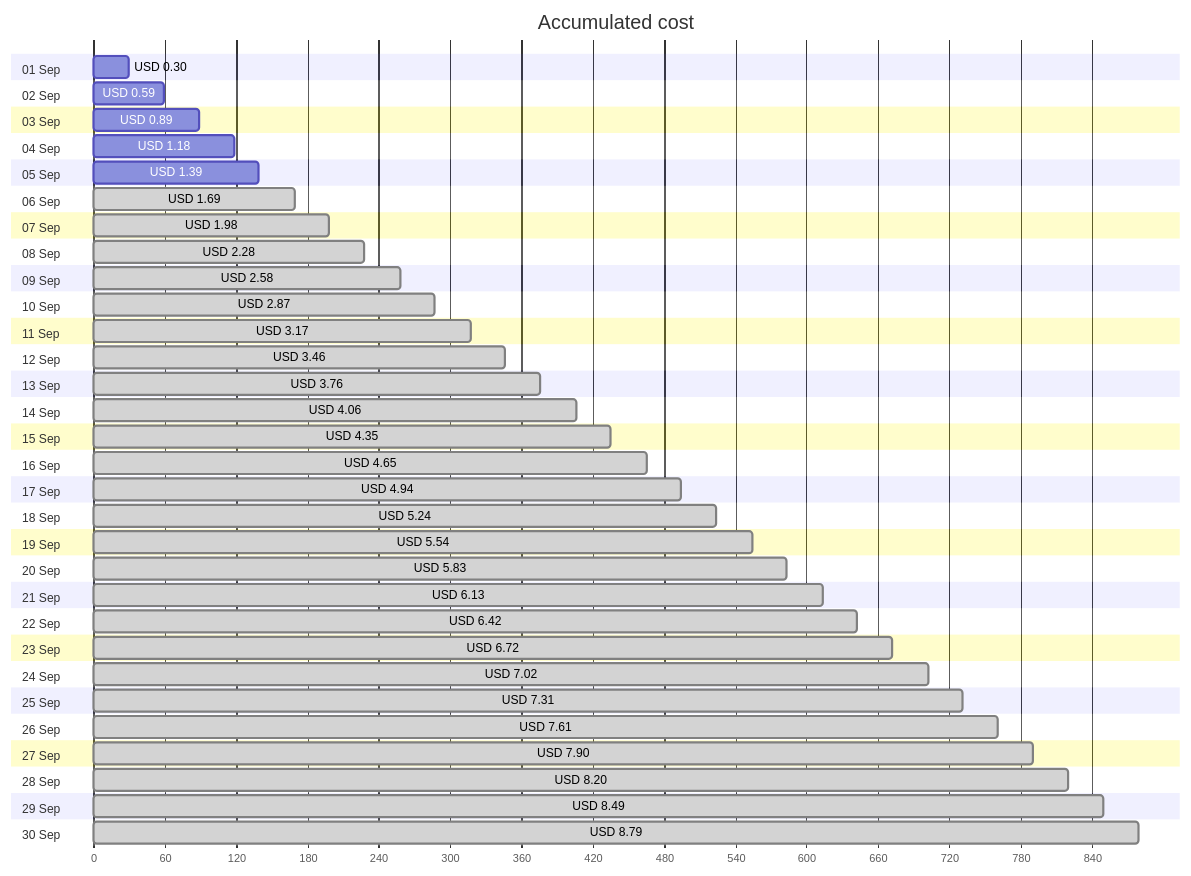
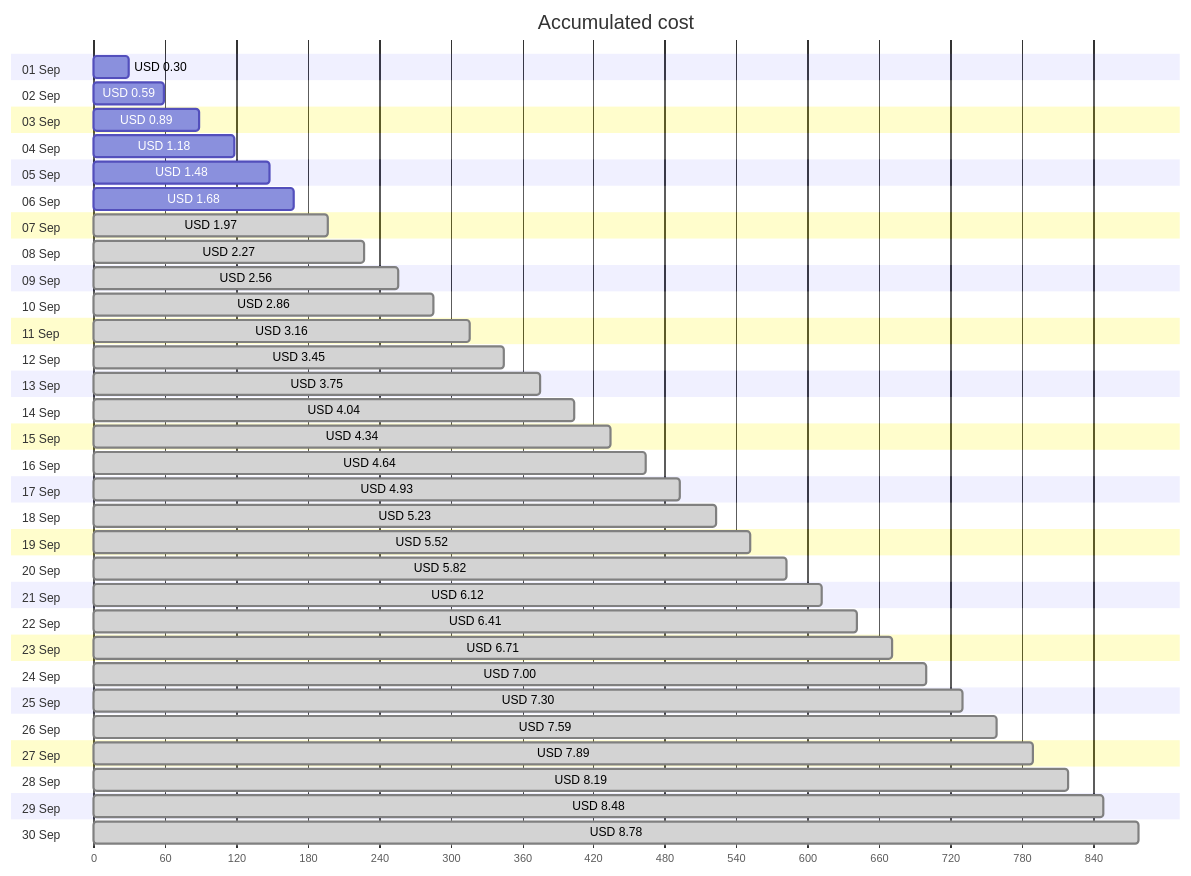
One commit to jpfulton/azure-personal-reports changed the first of 4 diagrams in cost-reports/personal-site/personal-site.md. Above: the diagram before and after it, drawn with Mermaid. The commit also changed other lines of this file and 6 other files, not shown here.

````diff
--- a/cost-reports/personal-site/personal-site.md
+++ b/cost-reports/personal-site/personal-site.md
@@ -20,66 +20,66 @@
 ```mermaid
 gantt
    title Accumulated cost
    dateFormat  X
    axisFormat %s
    section 01 Sep
    USD 0.30 :0, 30
    section 02 Sep
    USD 0.59 :0, 59
    section 03 Sep
    USD 0.89 :0, 89
    section 04 Sep
    USD 1.18 :0, 118
    section 05 Sep
-   USD 1.39 :0, 139
+   USD 1.48 :0, 148
    section 06 Sep
-   USD 1.69 : done, 0, 169
+   USD 1.68 :0, 168
    section 07 Sep
-   USD 1.98 : done, 0, 198
+   USD 1.97 : done, 0, 197
    section 08 Sep
-   USD 2.28 : done, 0, 228
+   USD 2.27 : done, 0, 227
    section 09 Sep
-   USD 2.58 : done, 0, 258
+   USD 2.56 : done, 0, 256
    section 10 Sep
-   USD 2.87 : done, 0, 287
+   USD 2.86 : done, 0, 286
    section 11 Sep
-   USD 3.17 : done, 0, 317
+   USD 3.16 : done, 0, 316
    section 12 Sep
-   USD 3.46 : done, 0, 346
+   USD 3.45 : done, 0, 345
    section 13 Sep
-   USD 3.76 : done, 0, 376
+   USD 3.75 : done, 0, 375
    section 14 Sep
-   USD 4.06 : done, 0, 406
+   USD 4.04 : done, 0, 404
    section 15 Sep
-   USD 4.35 : done, 0, 435
+   USD 4.34 : done, 0, 434
    section 16 Sep
-   USD 4.65 : done, 0, 465
+   USD 4.64 : done, 0, 464
    section 17 Sep
-   USD 4.94 : done, 0, 494
+   USD 4.93 : done, 0, 493
    section 18 Sep
-   USD 5.24 : done, 0, 524
+   USD 5.23 : done, 0, 523
    section 19 Sep
-   USD 5.54 : done, 0, 554
+   USD 5.52 : done, 0, 552
    section 20 Sep
-   USD 5.83 : done, 0, 583
+   USD 5.82 : done, 0, 582
    section 21 Sep
-   USD 6.13 : done, 0, 613
+   USD 6.12 : done, 0, 612
    section 22 Sep
-   USD 6.42 : done, 0, 642
+   USD 6.41 : done, 0, 641
    section 23 Sep
-   USD 6.72 : done, 0, 672
+   USD 6.71 : done, 0, 671
    section 24 Sep
-   USD 7.02 : done, 0, 702
+   USD 7.00 : done, 0, 700
    section 25 Sep
-   USD 7.31 : done, 0, 731
+   USD 7.30 : done, 0, 730
    section 26 Sep
-   USD 7.61 : done, 0, 761
+   USD 7.59 : done, 0, 759
    section 27 Sep
-   USD 7.90 : done, 0, 790
+   USD 7.89 : done, 0, 789
    section 28 Sep
-   USD 8.20 : done, 0, 820
+   USD 8.19 : done, 0, 819
    section 29 Sep
-   USD 8.49 : done, 0, 849
+   USD 8.48 : done, 0, 848
    section 30 Sep
-   USD 8.79 : done, 0, 879
+   USD 8.78 : done, 0, 878
 ```
````
